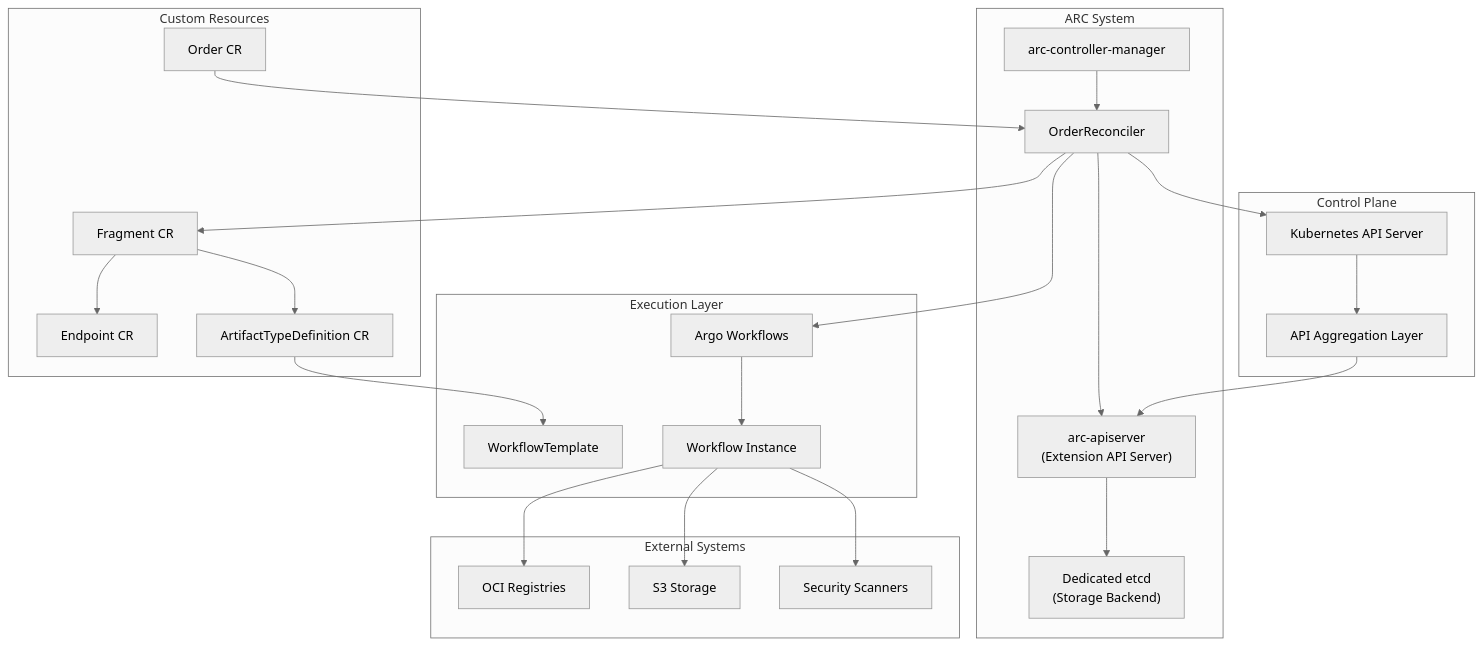
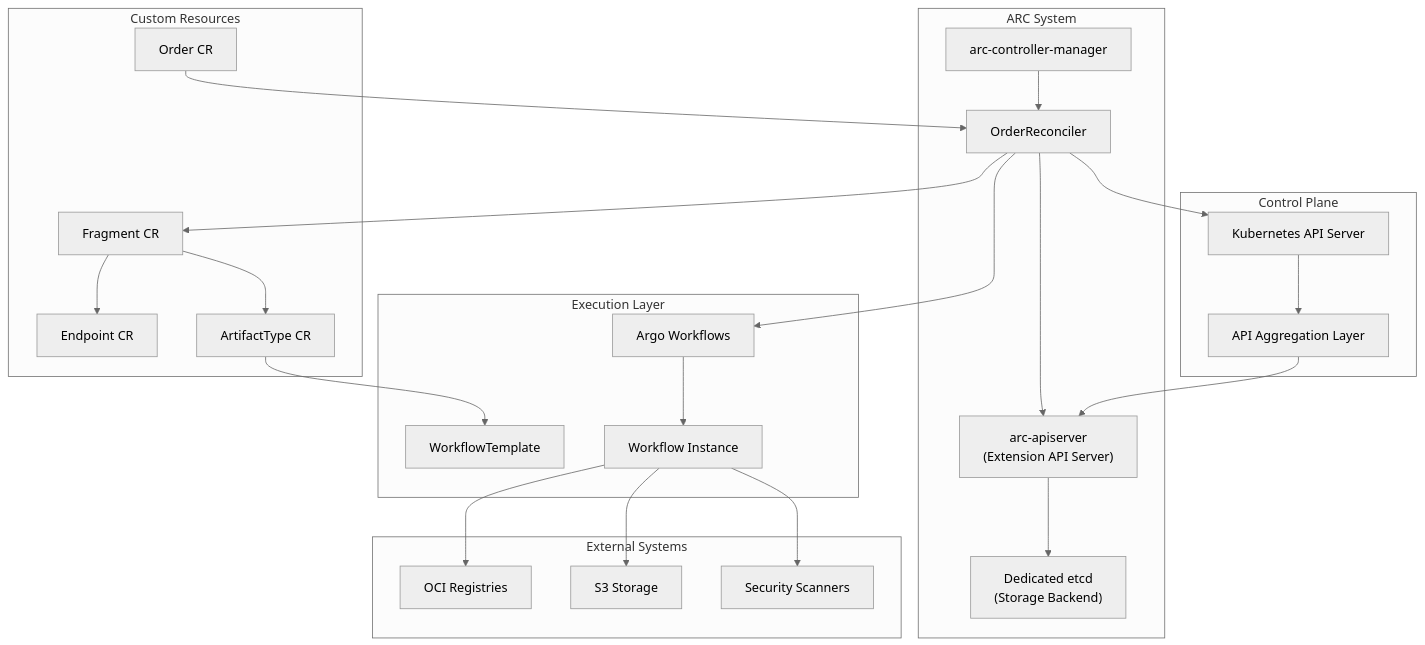
The first of 7 diagrams in docs/user-guide/core-concepts.md (opendefensecloud/artifact-conduit), drawn with Mermaid (neutral theme) before and after one commit. The commit also changed other lines of this file and 39 other files, not shown here.

Commit message:
rename ArtifactTypeDefinition to ArtifactType

````diff
--- a/docs/user-guide/core-concepts.md
+++ b/docs/user-guide/core-concepts.md
@@ -26,54 +26,54 @@
 ```mermaid
 graph TB
     subgraph "Control Plane"
         K8sAPI["Kubernetes API Server"]
         APIAgg["API Aggregation Layer"]
     end
     
     subgraph "ARC System"
         APIServer["arc-apiserver<br/>(Extension API Server)"]
         etcd["Dedicated etcd<br/>(Storage Backend)"]
         CtrlMgr["arc-controller-manager"]
         OrderCtrl["OrderReconciler"]
     end
     
     subgraph "Custom Resources"
         Order["Order CR"]
         Fragment["Fragment CR"]
         Endpoint["Endpoint CR"]
-        ATD["ArtifactTypeDefinition CR"]
+        ATD["ArtifactType CR"]
     end
     
     subgraph "Execution Layer"
         Argo["Argo Workflows"]
         WorkflowTemplate["WorkflowTemplate"]
         Workflow["Workflow Instance"]
     end
     
     subgraph "External Systems"
         Registry["OCI Registries"]
         S3["S3 Storage"]
         Scanners["Security Scanners"]
     end
     
     K8sAPI --> APIAgg
     APIAgg --> APIServer
     APIServer --> etcd
     
     CtrlMgr --> OrderCtrl
     OrderCtrl --> K8sAPI
     OrderCtrl --> APIServer
     
     Order --> OrderCtrl
     OrderCtrl --> Fragment
     OrderCtrl --> Argo
     
     Fragment --> Endpoint
     Fragment --> ATD
     ATD --> WorkflowTemplate
     Argo --> Workflow
     
     Workflow --> Registry
     Workflow --> S3
     Workflow --> Scanners
 ```
````
